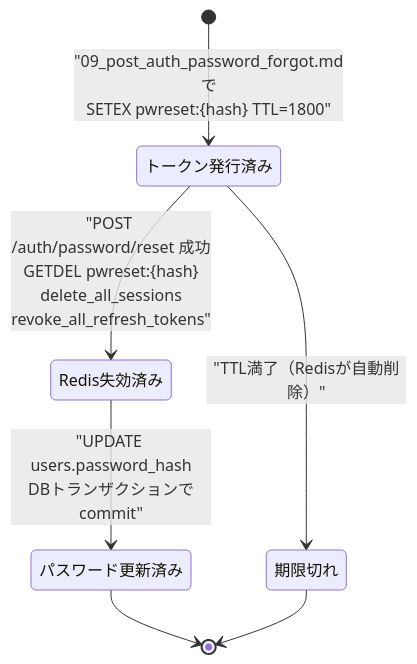
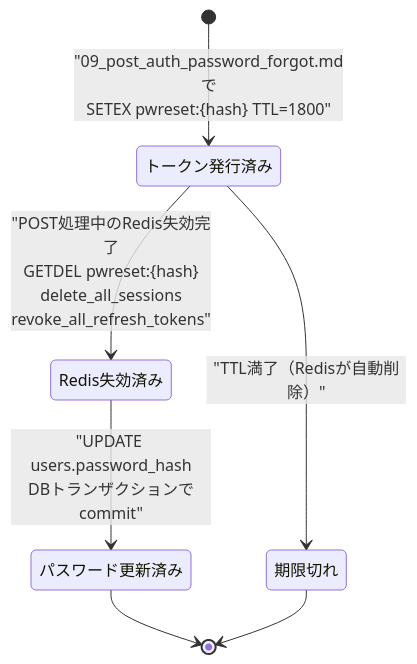
The fourth of 4 diagrams in docs/detailed_design/api/auth/10_post_auth_password_reset.md (oikawa-d/task_management), drawn with Mermaid before and after one commit. The commit also changed 1 other file, not shown here.

Commit message:
docs: PR421の設計書レビュー指摘を修正

````diff
--- a/docs/detailed_design/api/auth/10_post_auth_password_reset.md
+++ b/docs/detailed_design/api/auth/10_post_auth_password_reset.md
@@ -240,9 +240,9 @@
 ```mermaid
 stateDiagram-v2
     [*] --> トークン発行済み: "09_post_auth_password_forgot.mdで<br/>SETEX pwreset:{hash} TTL=1800"
-    トークン発行済み --> Redis失効済み: "POST /auth/password/reset 成功<br/>GETDEL pwreset:{hash}<br/>delete_all_sessions<br/>revoke_all_refresh_tokens"
+    トークン発行済み --> Redis失効済み: "POST処理中のRedis失効完了<br/>GETDEL pwreset:{hash}<br/>delete_all_sessions<br/>revoke_all_refresh_tokens"
     トークン発行済み --> 期限切れ: "TTL満了（Redisが自動削除）"
     Redis失効済み --> パスワード更新済み: "UPDATE users.password_hash<br/>DBトランザクションでcommit"
     パスワード更新済み --> [*]
     期限切れ --> [*]
 ```
````
